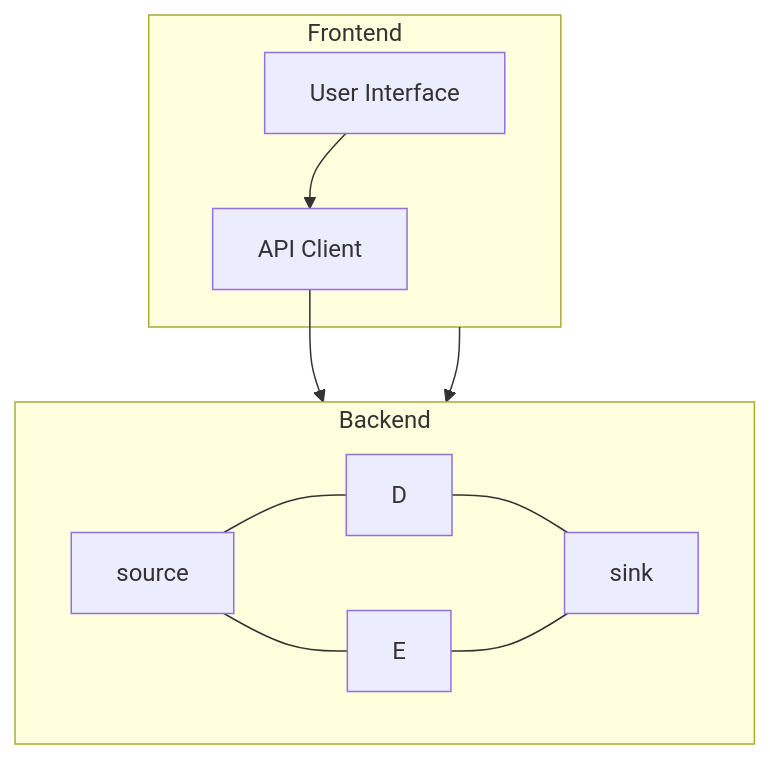
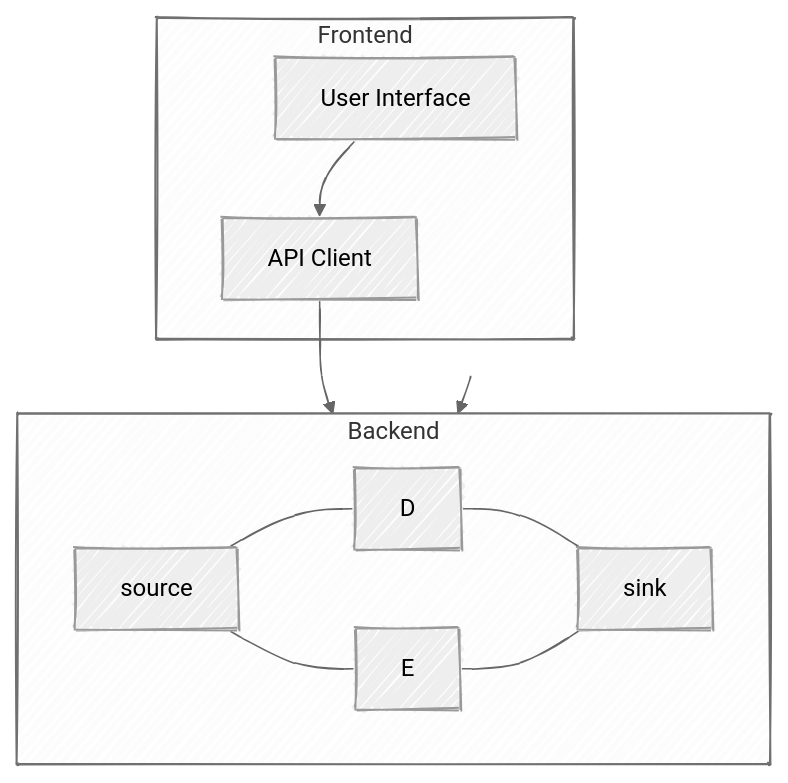
The diagram in markdown/mermaid/sample.md (wrp/examples), drawn with Mermaid before and after one commit.

Commit message:
Demonstrate handDrawn
Yikes.  The config is yaml, and the parser chokes on tabs,
so we convert the whole thing to spaces.

Type: mermaid

````diff
--- a/markdown/mermaid/sample.md
+++ b/markdown/mermaid/sample.md
@@ -2,13 +2,18 @@
 ```mermaid
+---
+config:
+        look: handDrawn
+        theme: neutral
+---
 flowchart TD
-	subgraph Frontend
-		A[User Interface] --> B[API Client]
-	end
-	subgraph Backend
-		direction LR
-		B --> C[Authentication]
-		C[source] --- D & E --- S[sink]
-	end
+        subgraph Frontend
+                A[User Interface] --> B[API Client]
+        end
+        subgraph Backend
+                direction LR
+                B --> C[Authentication]
+                C[source] --- D & E --- S[sink]
+        end
 
 Frontend --> Backend
 ```
````
